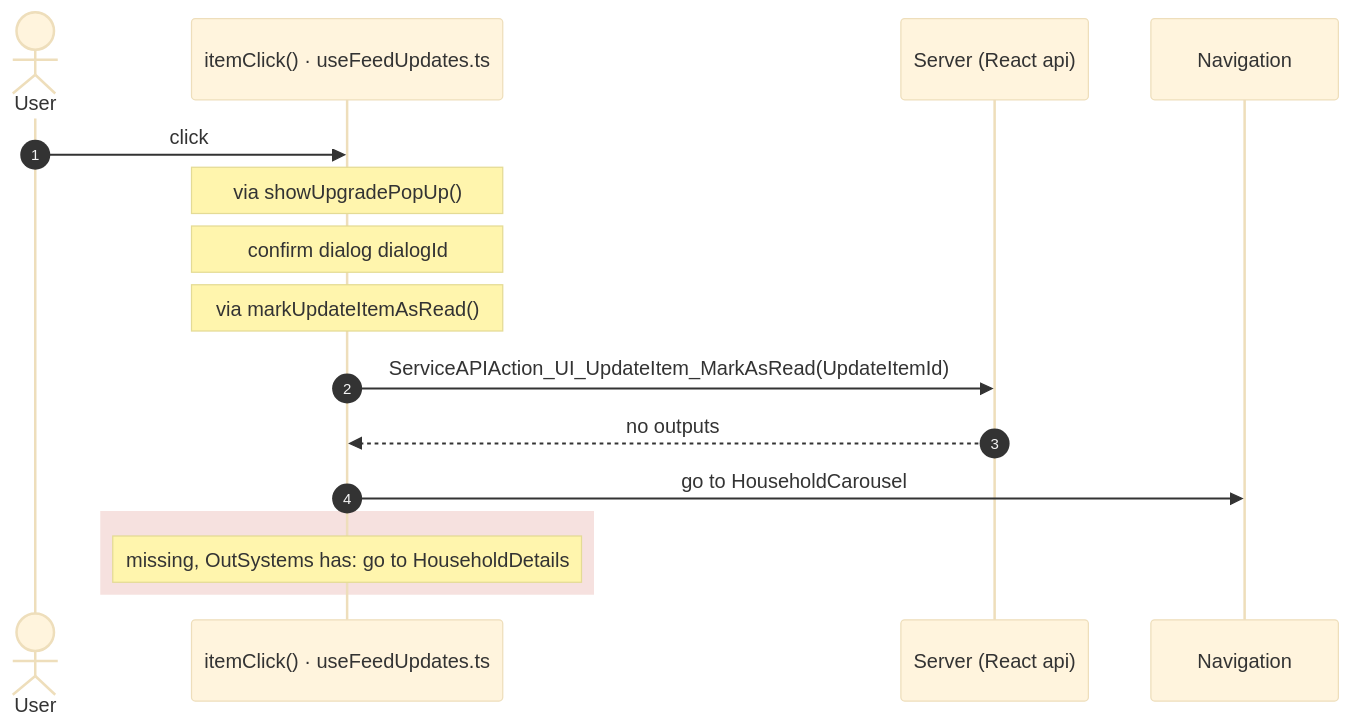
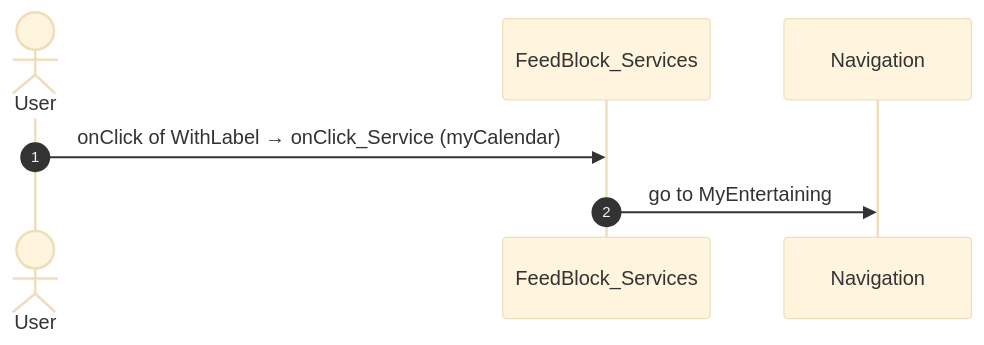
One commit to Phoenix-DX/connect-new-ui changed diagram 12 of 51 in migration/route-actions/HomeFeed.md. Above: the diagram before and after it, drawn with Mermaid (base theme). The commit also changed other lines of this file and 9 other files, not shown here.

Commit message:
route actions: facts only; user actions as two independent lists (OutSystems view bindings, React JSX bindings) with Mermaid sequences; factual call columns (direct caller, chains, React references); app shell by definition (survey shell, main.tsx code); constants read for React paths

````diff
--- a/migration/route-actions/HomeFeed.md
+++ b/migration/route-actions/HomeFeed.md
@@ -353,18 +320,9 @@
 ```mermaid
 sequenceDiagram
   autonumber
   actor U as User
-  participant H as itemClick() · useFeedUpdates.ts
-  participant A as Server (React api)
+  participant B as FeedBlock_Services
   participant N as Navigation
-  U->>H: click
-  Note over H: via showUpgradePopUp()
-  Note over H: confirm dialog dialogId
-  Note over H: via markUpdateItemAsRead()
-  H->>A: ServiceAPIAction_UI_UpdateItem_MarkAsRead(UpdateItemId)
-  A-->>H: no outputs
-  H->>N: go to HouseholdCarousel
-  rect rgba(192, 57, 43, 0.15)
-  Note over H: missing, OutSystems has: go to HouseholdDetails
-  end
+  U->>B: onClick of WithLabel → onClick_Service (myCalendar)
+  B->>N: go to MyEntertaining
 ```
````
